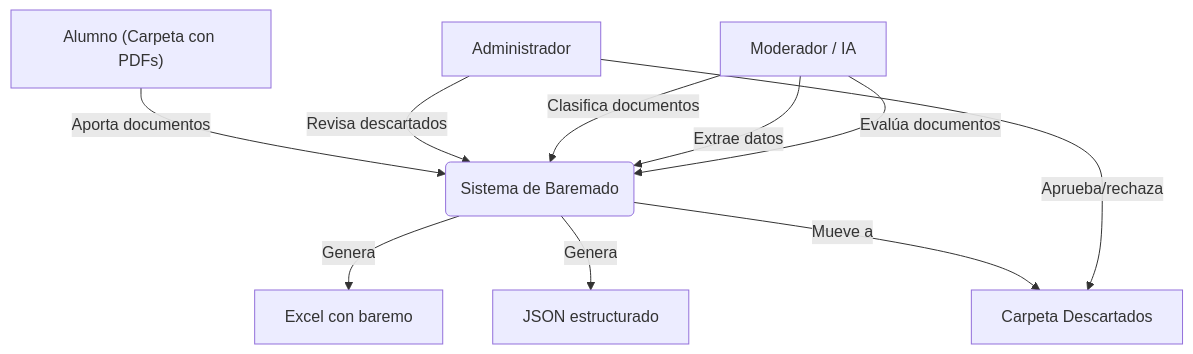
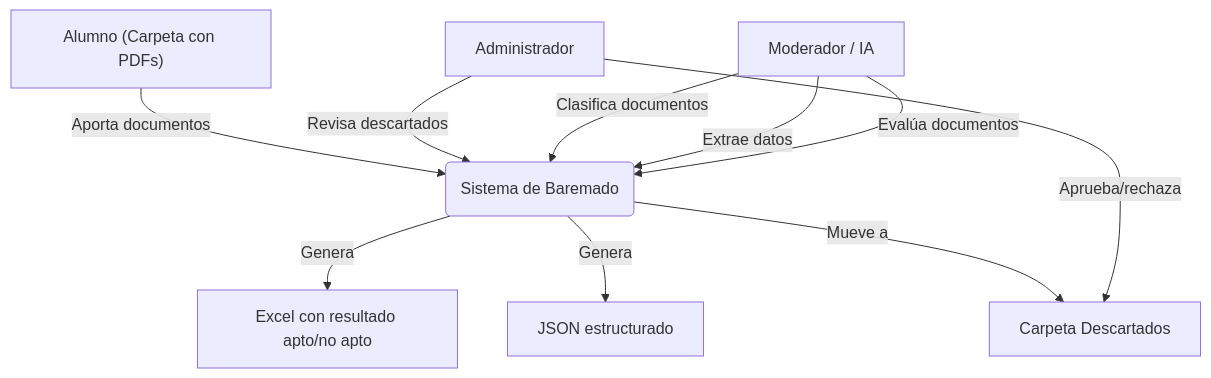
One commit to martinhnandezfnandez-code/sistema-de-baremado changed the first of 2 diagrams in README.md. Above: the diagram before and after it, drawn with Mermaid. The commit also changed other lines of this file and 13 other files, not shown here.

````diff
--- a/README.md
+++ b/README.md
@@ -47,12 +47,12 @@
 ```mermaid
 graph TD
     A["Alumno (Carpeta con PDFs)"] -->|Aporta documentos| B(Sistema de Baremado)
     C[Administrador] -->|Revisa descartados| B
     D[Moderador / IA] -->|Clasifica documentos| B
     D -->|Extrae datos| B
     D -->|Evalúa documentos| B
-    B -->|Genera| E[Excel con baremo]
+    B -->|Genera| E[Excel con resultado apto/no apto]
     B -->|Genera| F[JSON estructurado]
     B -->|Mueve a| G[Carpeta Descartados]
     C -->|Aprueba/rechaza| G
 ```
````
